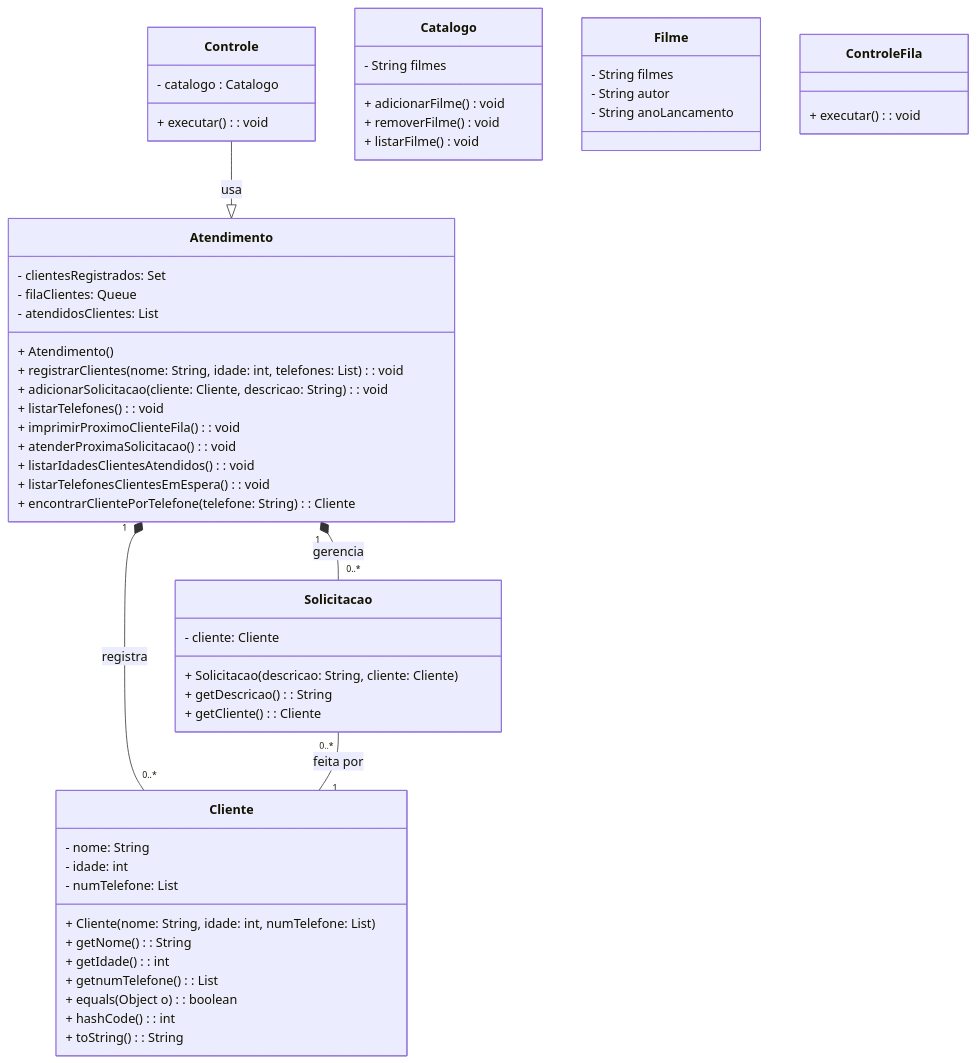
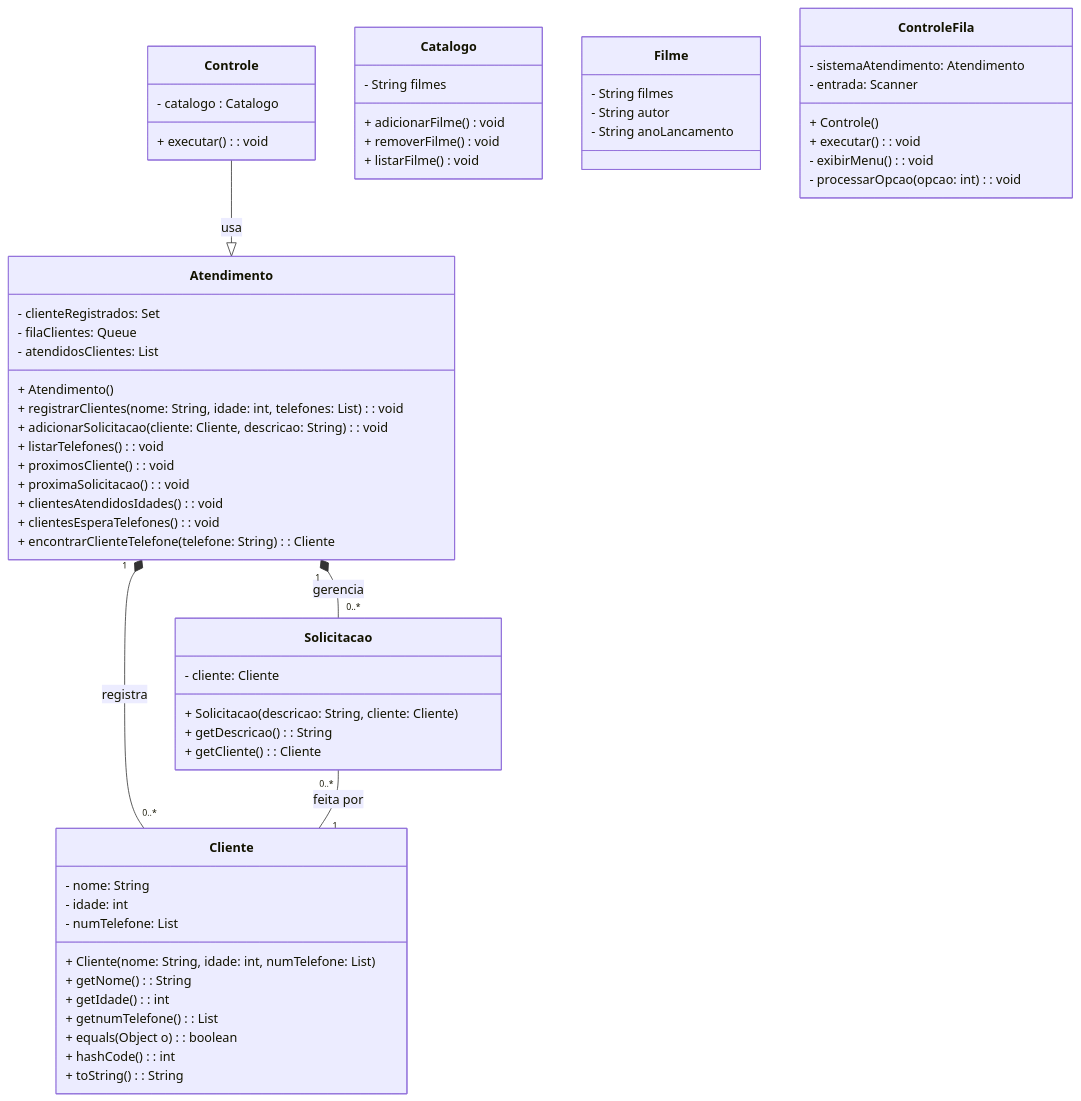
The diagram in readme.md (sergio-prolo-class/lista-3-correa-aragao), drawn with Mermaid before and after one commit. The commit also changed other lines of this file and 1 other file, not shown here.

Commit message:
controle - filme

````diff
--- a/readme.md
+++ b/readme.md
@@ -7,72 +16,77 @@
 ```mermaid
 classDiagram
     
     %% Catalogo de filmes
     
     class Controle {
         - catalogo : Catalogo
         + executar() : void 
     }
     
     class Catalogo {
         - String filmes
         + adicionarFilme() void
         + removerFilme() void
         + listarFilme() void
     }
     
     class Filme {
         - String filmes
         - String autor
         - String anoLancamento
     }
     
     %% Fila de atendimento.
     
     class ControleFila {
-        + executar() : void
+        - sistemaAtendimento: Atendimento
+        - entrada: Scanner
+        + Controle()
+        + executar(): void
+        - exibirMenu(): void
+        - processarOpcao(opcao: int): void
     }
     
     class Atendimento {
-        - clientesRegistrados: Set<Cliente>
+        - clienteRegistrados: Set<Cliente>
         - filaClientes: Queue<Solicitacao>
         - atendidosClientes: List<Cliente>
         + Atendimento()
         + registrarClientes(nome: String, idade: int, telefones: List<String>): void
         + adicionarSolicitacao(cliente: Cliente, descricao: String): void
         + listarTelefones(): void
-        + imprimirProximoClienteFila(): void
-        + atenderProximaSolicitacao(): void
-        + listarIdadesClientesAtendidos(): void
-        + listarTelefonesClientesEmEspera(): void
-        + encontrarClientePorTelefone(telefone: String): Cliente
+        + proximosCliente(): void
+        + proximaSolicitacao(): void
+        + clientesAtendidosIdades(): void
+        + clientesEsperaTelefones(): void
+        + encontrarClienteTelefone(telefone: String): Cliente
     }
     
     class Cliente {
         - nome: String
         - idade: int
         - numTelefone: List<String>
         + Cliente(nome: String, idade: int, numTelefone: List<String>)
         + getNome(): String
         + getIdade(): int
         + getnumTelefone(): List<String>
         + equals(Object o): boolean
         + hashCode(): int
         + toString(): String
     }
     
     class Solicitacao {
         - cliente: Cliente
         + Solicitacao(descricao: String, cliente: Cliente)
         + getDescricao(): String
         + getCliente(): Cliente
     }
 
     Controle --|> Atendimento : usa
     Atendimento "1" *-- "0..*" Cliente : registra
     Atendimento "1" *-- "0..*" Solicitacao : gerencia
     Solicitacao "0..*" -- "1" Cliente : feita por
         
         
 
 ```
````
